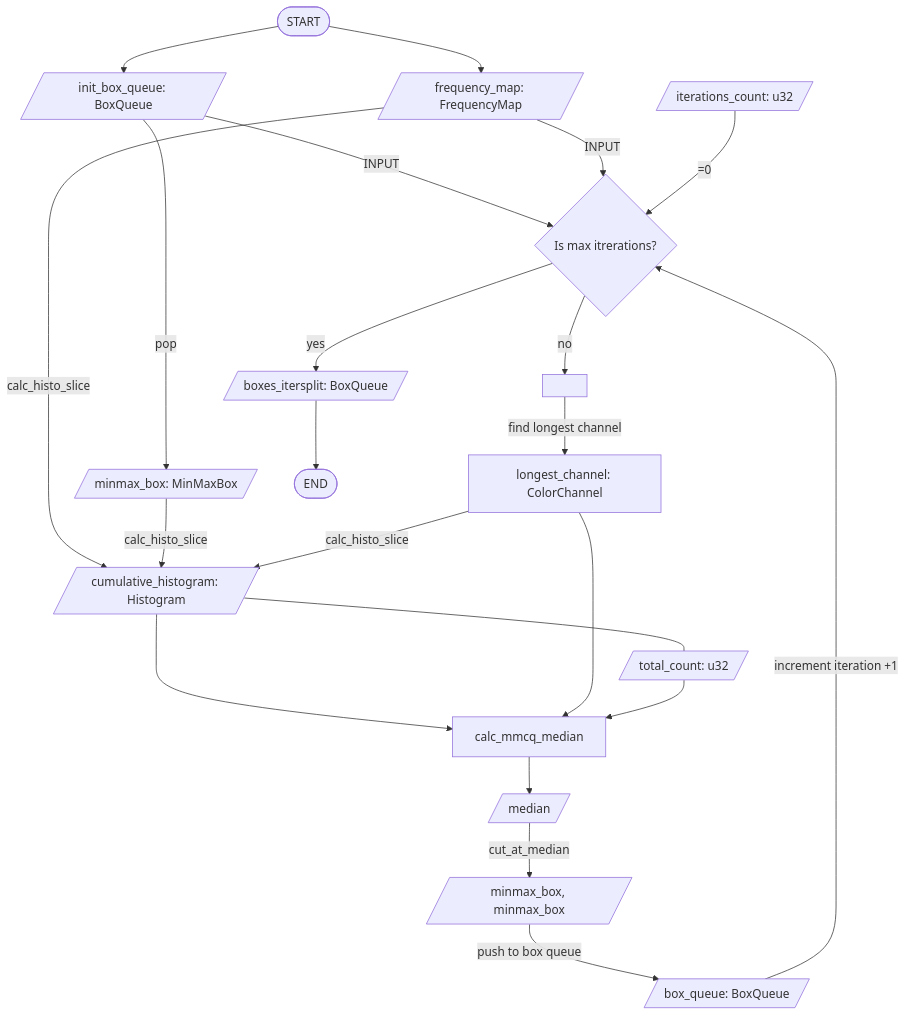
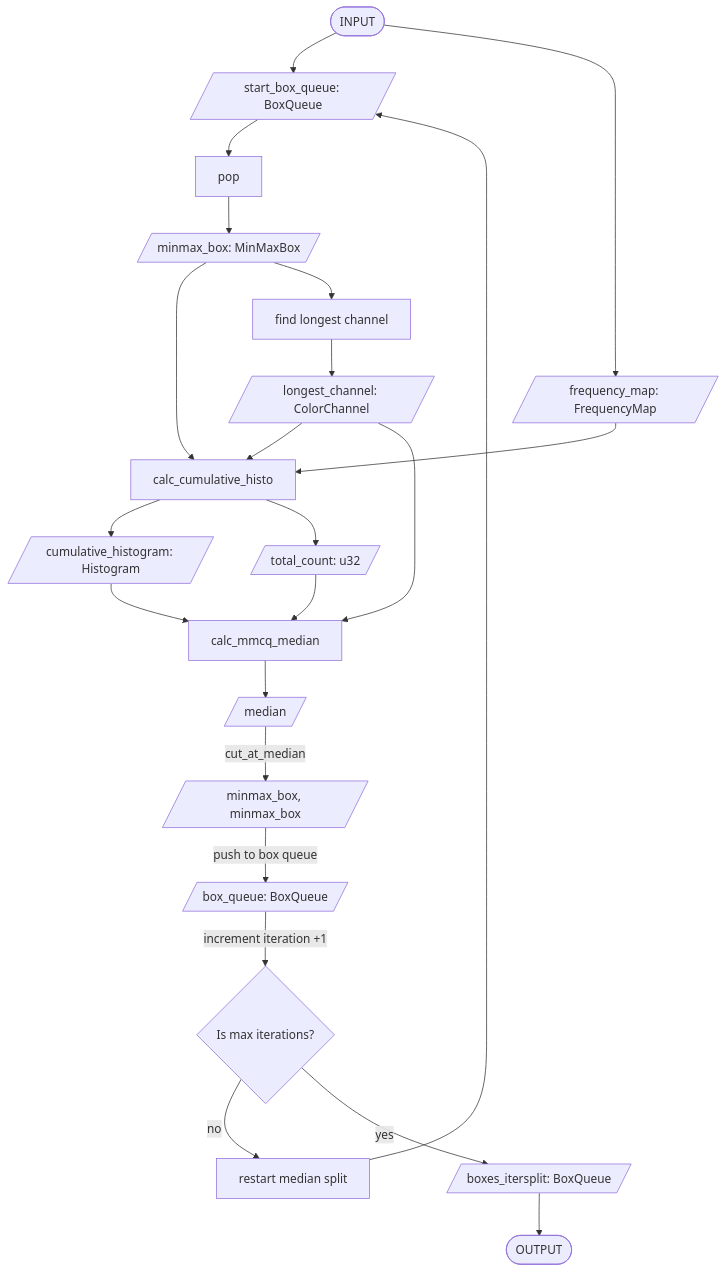
The diagram in TODO.md (nedsantiago/color-thief-rs), drawn with Mermaid before and after one commit.

Commit message:
Update Iterative Split flowchart as reference for iterative split implementation

````diff
--- a/TODO.md
+++ b/TODO.md
@@ -42,29 +42,35 @@
 ```mermaid
 flowchart TD
-    START([START]) --> init_box_queue[/init_box_queue: BoxQueue/]
-    START --> frequency_map[/frequency_map: FrequencyMap/]
+    INPUT([INPUT])
+    start_box_queue[/start_box_queue: BoxQueue/]
+    frequency_map[/frequency_map: FrequencyMap/]
 
-    init_box_queue -->|INPUT| is_max_iterations{Is max itrerations?}
-    frequency_map -->|INPUT| is_max_iterations
-    iterations[/iterations_count: u32/] -->|=0| is_max_iterations
+    INPUT --> start_box_queue
+    INPUT --> frequency_map
 
-    is_max_iterations -->|no| begin_median_split[ ]
-    begin_median_split -->|find longest channel| longest_channel[longest_channel: ColorChannel]
-    frequency_map -->|calc_histo_slice| histogram[/cumulative_histogram: Histogram/]
-    init_box_queue -->|pop| minmax_box[/minmax_box: MinMaxBox/]
-    minmax_box -->|calc_histo_slice| histogram
-    longest_channel -->|calc_histo_slice| histogram
-    histogram --- total[/total_count: u32/]
+    start_box_queue --> pop[pop]
+    pop --> minmax_box
+
+    minmax_box[/minmax_box: MinMaxBox/] --> calc_cumulative_histo
+    calc_cumulative_histo[calc_cumulative_histo] --> histogram[/cumulative_histogram: Histogram/]
+    calc_cumulative_histo --> total[/total_count: u32/]
+
+    is_max_iterations{Is max iterations?} -->|no| begin_median_split[restart median split]
+    minmax_box --> find_longest_channel[find longest channel]
+    find_longest_channel --> longest_channel[/longest_channel: ColorChannel/]
+    frequency_map --> calc_cumulative_histo
+    longest_channel --> calc_cumulative_histo
     histogram --> calc_mmcq_median[calc_mmcq_median]
     longest_channel --> calc_mmcq_median
     total --> calc_mmcq_median
     calc_mmcq_median --> median[/median/]
     median -->|cut_at_median| two_boxes[/minmax_box, minmax_box/]
     two_boxes -->|push to box queue| box_queue[/box_queue: BoxQueue/]
     box_queue -->|increment iteration +1| is_max_iterations
+
+    begin_median_split --> start_box_queue
     
-
     is_max_iterations -->|yes| boxes_itersplit[/boxes_itersplit: BoxQueue/]
 
-    boxes_itersplit --> END([END])
+    boxes_itersplit --> OUTPUT([OUTPUT])
 ```
````
